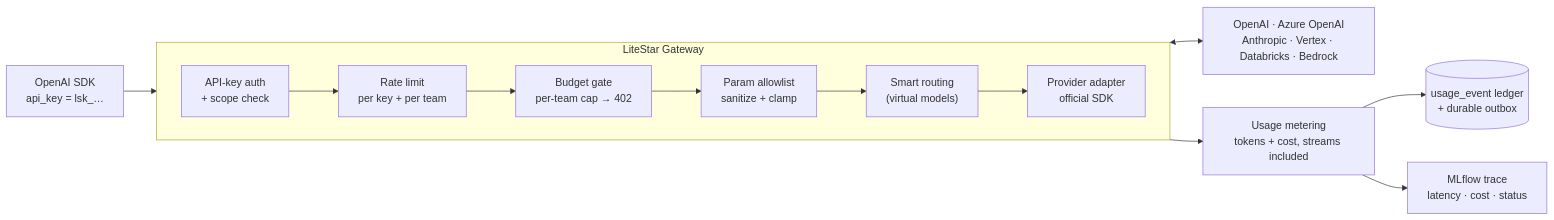
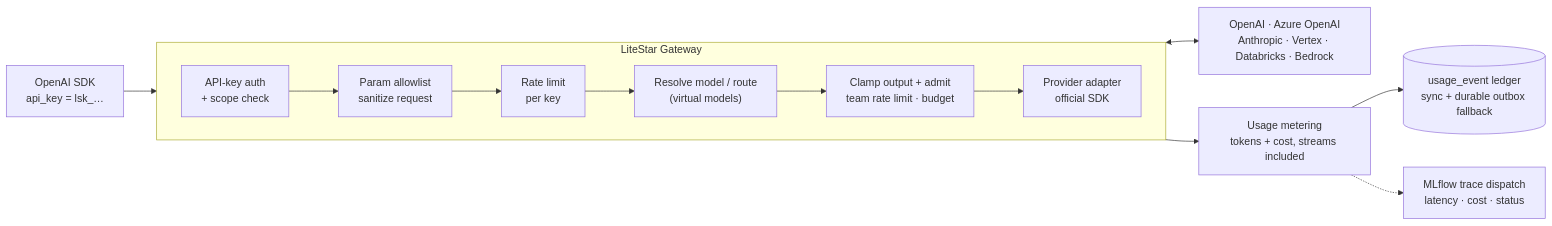
One commit to carlo99999/LiteStarGateway changed the first of 2 diagrams in README.md. Above: the diagram before and after it, drawn with Mermaid. The commit also changed other lines of this file and 38 other files, not shown here.

Commit message:
docs: expand and align execution roadmap

````diff
--- a/README.md
+++ b/README.md
@@ -67,19 +68,19 @@
 ```mermaid
 flowchart LR
     Client["OpenAI SDK<br/>api_key = lsk_…"] --> Auth
 
     subgraph Gateway["LiteStar Gateway"]
         direction LR
-        Auth["API-key auth<br/>+ scope check"] --> RateLimit["Rate limit<br/>per key + per team"]
-        RateLimit --> Budget["Budget gate<br/>per-team cap → 402"]
-        Budget --> Policy["Param allowlist<br/>sanitize + clamp"]
-        Policy --> Router["Smart routing<br/>(virtual models)"]
-        Router --> Adapter["Provider adapter<br/>official SDK"]
+        Auth["API-key auth<br/>+ scope check"] --> Policy["Param allowlist<br/>sanitize request"]
+        Policy --> KeyLimit["Rate limit<br/>per key"]
+        KeyLimit --> Router["Resolve model / route<br/>(virtual models)"]
+        Router --> Admission["Clamp output + admit<br/>team rate limit · budget"]
+        Admission --> Adapter["Provider adapter<br/>official SDK"]
     end
 
     Adapter <--> Providers["OpenAI · Azure OpenAI<br/>Anthropic · Vertex · Databricks · Bedrock"]
 
     Adapter --> Meter["Usage metering<br/>tokens + cost, streams included"]
-    Meter --> Ledger[("usage_event ledger<br/>+ durable outbox")]
-    Meter --> Trace["MLflow trace<br/>latency · cost · status"]
+    Meter --> Ledger[("usage_event ledger<br/>sync + durable outbox fallback")]
+    Meter -.-> Trace["MLflow trace dispatch<br/>latency · cost · status"]
 ```
````
